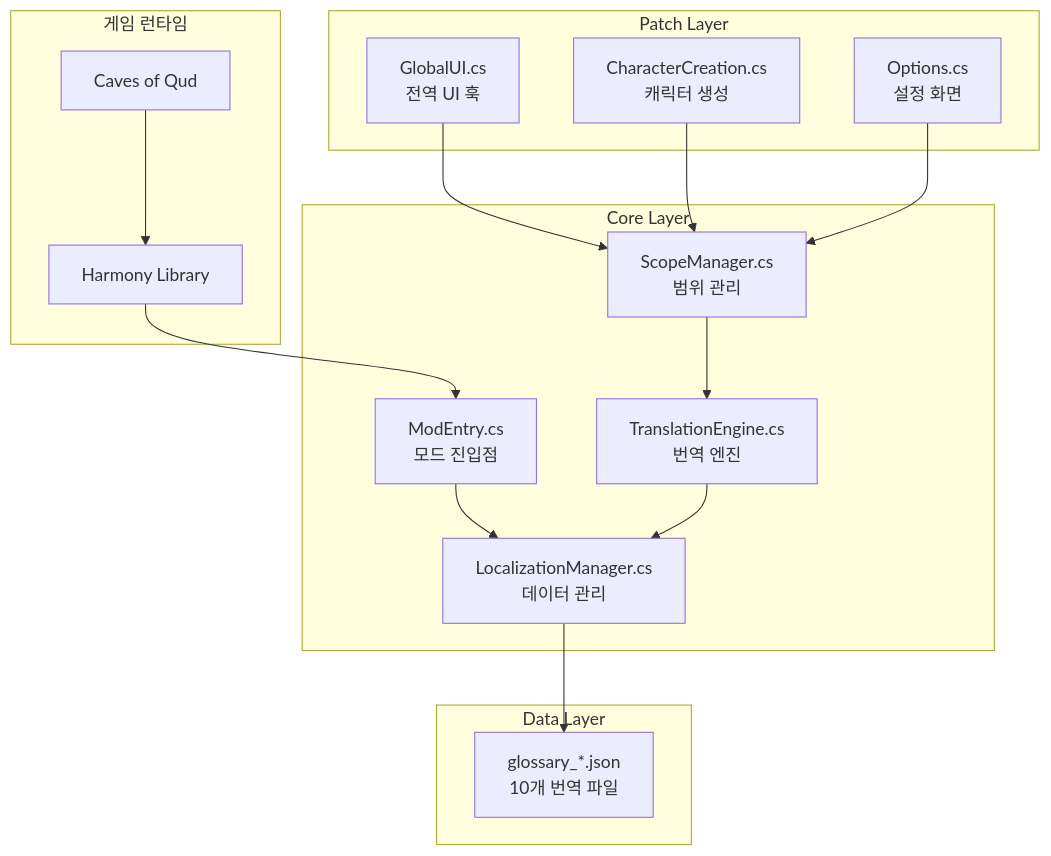
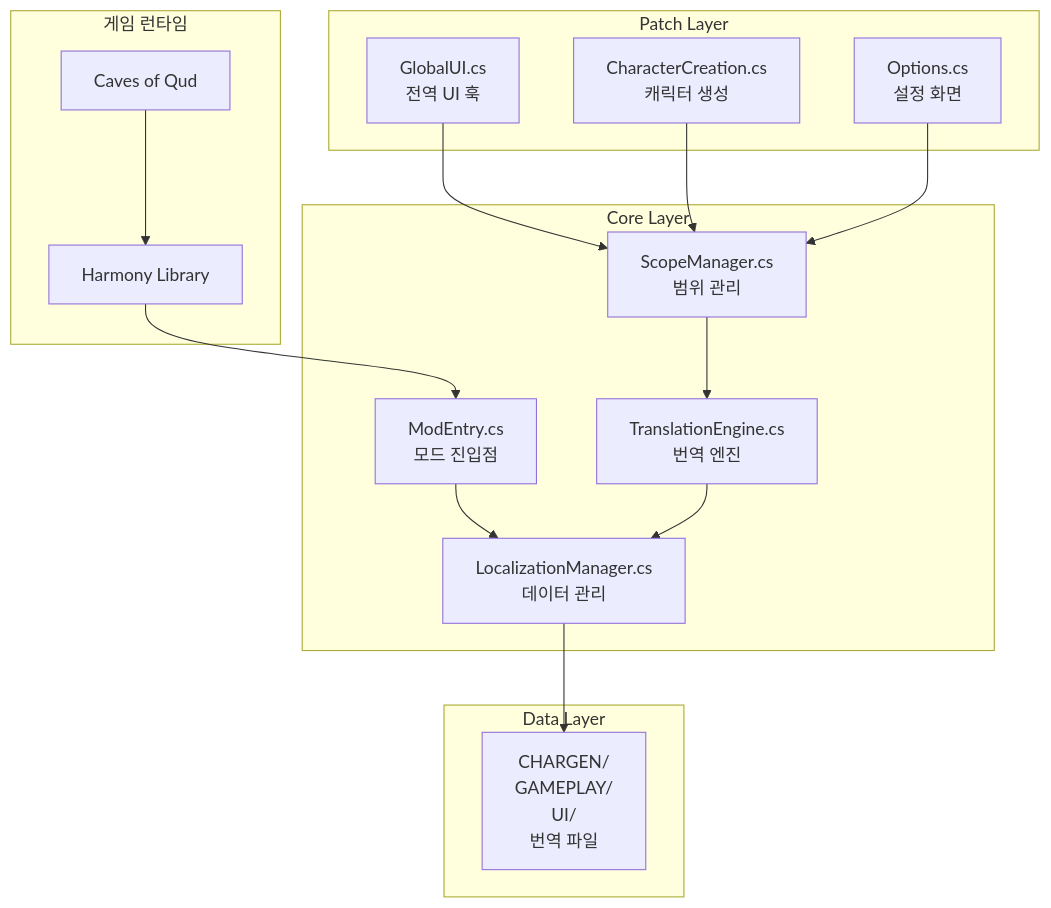
One commit to boramkim-cmd/korean_qud changed the diagram in Docs/01_DEVELOPMENT_GUIDE.md. Above: the diagram before and after it, drawn with Mermaid. The commit also changed other lines of this file and 254 other files, not shown here.

````diff
--- a/Docs/01_DEVELOPMENT_GUIDE.md
+++ b/Docs/01_DEVELOPMENT_GUIDE.md
@@ -1053,28 +1054,28 @@
 ```mermaid
 flowchart TB
     subgraph "게임 런타임"
         G[Caves of Qud]
         H[Harmony Library]
     end
 
     subgraph "Core Layer"
         ME[ModEntry.cs<br/>모드 진입점]
         TE[TranslationEngine.cs<br/>번역 엔진]
         LM[LocalizationManager.cs<br/>데이터 관리]
         SM[ScopeManager.cs<br/>범위 관리]
     end
 
     subgraph "Patch Layer"
         P1[GlobalUI.cs<br/>전역 UI 훅]
         P2[CharacterCreation.cs<br/>캐릭터 생성]
         P3[Options.cs<br/>설정 화면]
     end
 
     subgraph "Data Layer"
-        J1[glossary_*.json<br/>10개 번역 파일]
+        J1[CHARGEN/<br/>GAMEPLAY/<br/>UI/<br/>번역 파일]
     end
 
     G --> H --> ME
     ME --> LM --> J1
     P1 & P2 & P3 --> SM --> TE --> LM
 ```
````
